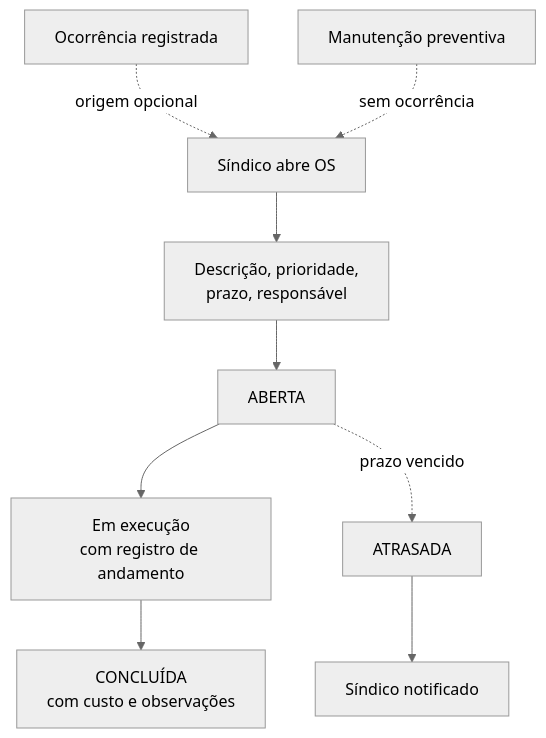
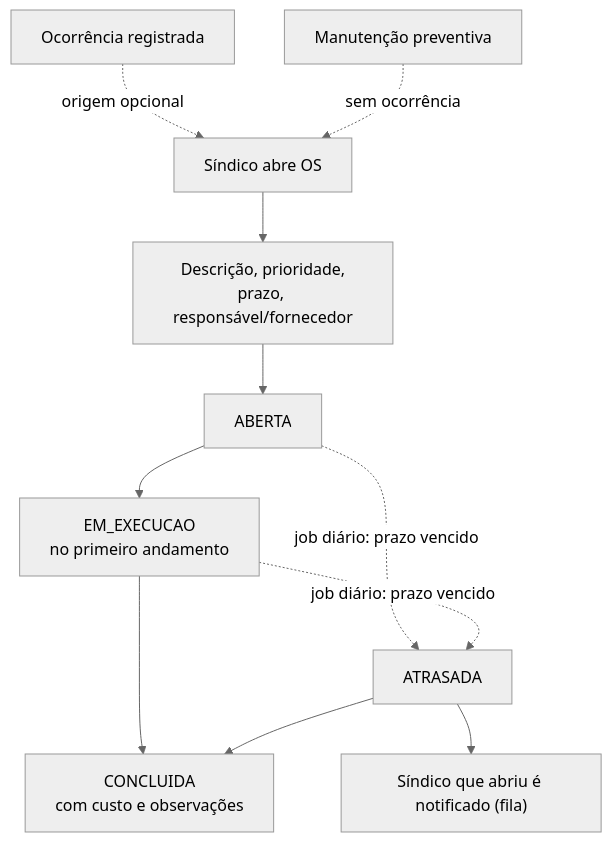
The second of 2 diagrams in docs/servicos/ocorrencias-service.md (JuanServelo/Mora-Backend), drawn with Mermaid (neutral theme) before and after one commit. The commit also changed other lines of this file and 109 other files, not shown here.

````diff
--- a/docs/servicos/ocorrencias-service.md
+++ b/docs/servicos/ocorrencias-service.md
@@ -62,11 +59,13 @@
 ```mermaid
 graph TD
     O["Ocorrência registrada"] -.->|origem opcional| A["Síndico abre OS"]
     PV["Manutenção preventiva"] -.->|sem ocorrência| A
-    A --> D["Descrição, prioridade,<br/>prazo, responsável"]
+    A --> D["Descrição, prioridade,<br/>prazo, responsável/fornecedor"]
     D --> AB["ABERTA"]
-    AB --> EX["Em execução<br/>com registro de andamento"]
-    EX --> C["CONCLUÍDA<br/>com custo e observações"]
-    AB -.->|prazo vencido| AT["ATRASADA"]
-    AT --> NO["Síndico notificado"]
+    AB --> EX["EM_EXECUCAO<br/>no primeiro andamento"]
+    EX --> C["CONCLUIDA<br/>com custo e observações"]
+    AB -.->|job diário: prazo vencido| AT["ATRASADA"]
+    EX -.->|job diário: prazo vencido| AT
+    AT --> NO["Síndico que abriu é notificado (fila)"]
+    AT --> C
 ```
````
